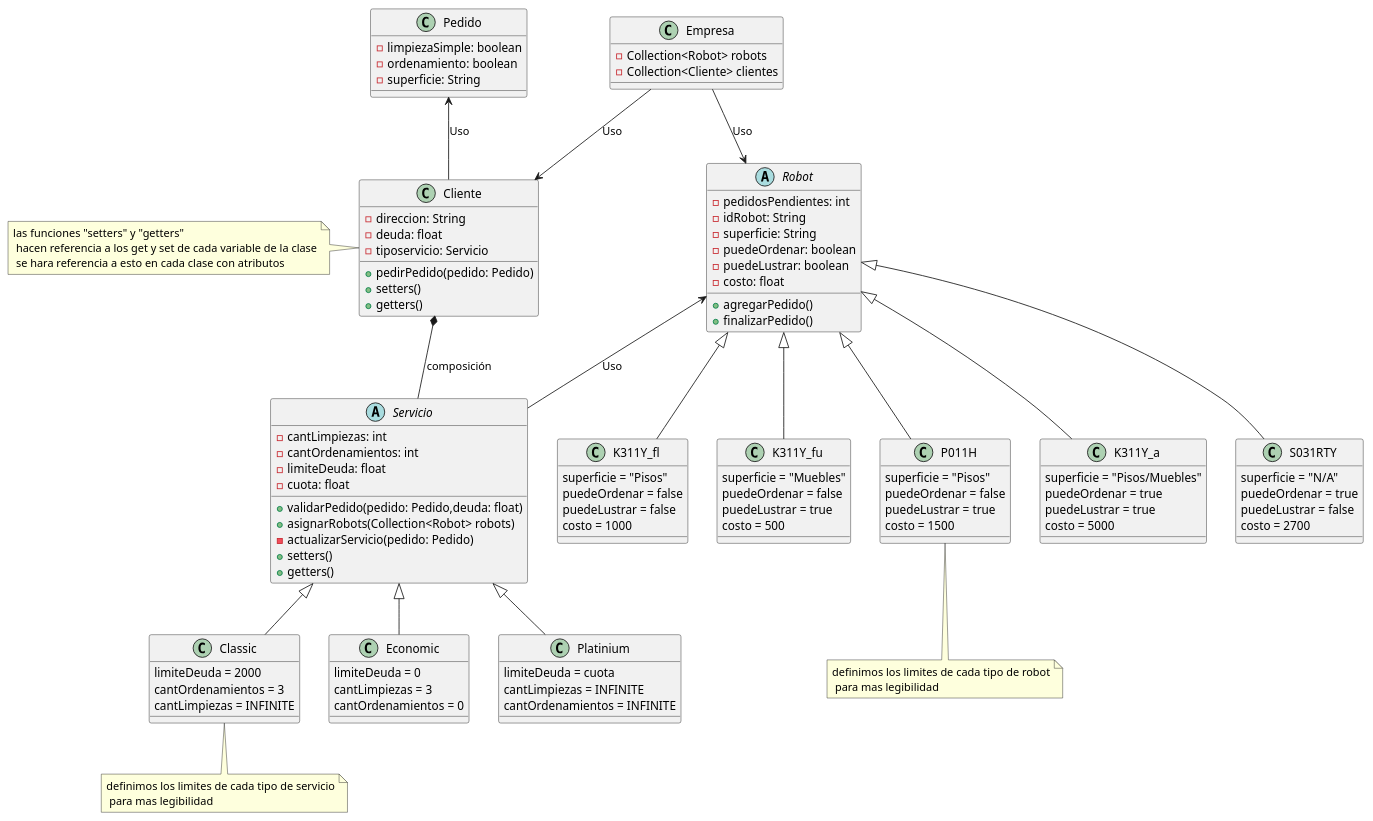
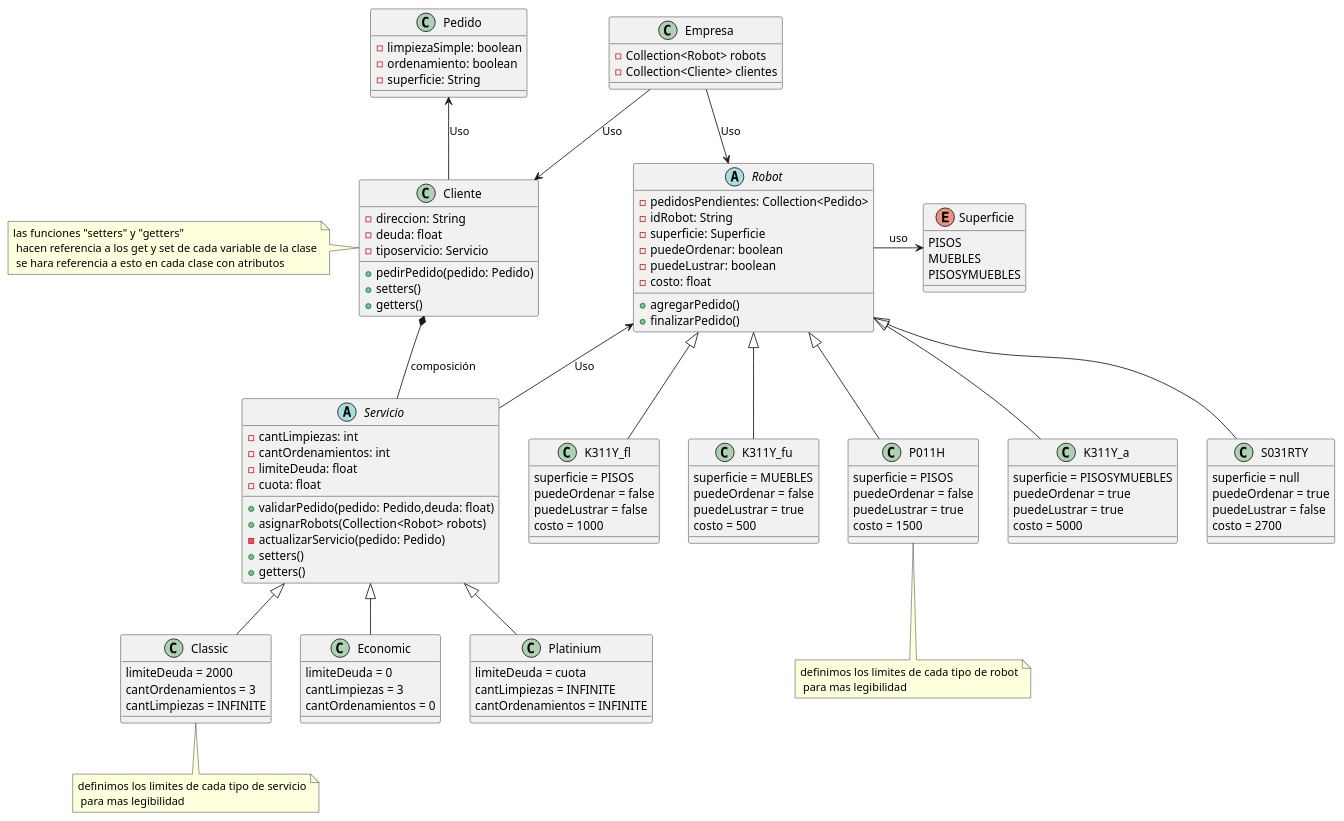
One commit to bacarvalho/TrabajoPractico changed the diagram in src/main/java/com/grupo4/trabajo/Diagramas/diagrama_clases.puml. Above: the diagram before and after it, drawn with PlantUML. The commit also changed 16 other files, not shown here.

```diff
--- a/src/main/java/com/grupo4/trabajo/Diagramas/diagrama_clases.puml
+++ b/src/main/java/com/grupo4/trabajo/Diagramas/diagrama_clases.puml
@@ -1,123 +1,131 @@
 @startuml
 'https://plantuml.com/class-diagram
 
 class Cliente{
 -direccion: String
 -deuda: float
 -tiposervicio: Servicio
 
 
 +pedirPedido(pedido: Pedido)
 +setters()
 +getters()
 }
 
 class Empresa{
 -Collection<Robot> robots
 -Collection<Cliente> clientes
 }
 
 
 abstract class Servicio{
 - cantLimpiezas: int
 - cantOrdenamientos: int
 - limiteDeuda: float
  -cuota: float
 
 +validarPedido(pedido: Pedido,deuda: float)
 +asignarRobots(Collection<Robot> robots)
 -actualizarServicio(pedido: Pedido)
 +setters()
 +getters()
 }
 
 abstract class Robot{
-- pedidosPendientes: int
+- pedidosPendientes: Collection<Pedido>
 - idRobot: String
-- superficie: String
+- superficie: Superficie
 - puedeOrdenar: boolean
 - puedeLustrar: boolean
 - costo: float
 
 +agregarPedido()
 +finalizarPedido()
 }
 
 class K311Y_fl{
- superficie = "Pisos"
+ superficie = PISOS
  puedeOrdenar = false
  puedeLustrar = false
  costo = 1000
 }
 class K311Y_fu{
-superficie = "Muebles"
+superficie = MUEBLES
  puedeOrdenar = false
  puedeLustrar = true
  costo = 500
 }
 class P011H{
-superficie = "Pisos"
+superficie = PISOS
  puedeOrdenar = false
  puedeLustrar = true
  costo = 1500
 }
 class K311Y_a{
- superficie = "Pisos/Muebles"
+ superficie = PISOSYMUEBLES
  puedeOrdenar = true
  puedeLustrar = true
  costo = 5000
 }
 class S031RTY{
-superficie = "N/A"
+superficie = null
  puedeOrdenar = true
  puedeLustrar = false
  costo = 2700
 }
 
 Robot <|-- K311Y_fl
 Robot <|-- K311Y_fu
 Robot <|-- P011H
 Robot <|-- K311Y_a
 Robot <|-- S031RTY
 
 Servicio <|-- Platinium
 Servicio <|-- Classic
 Servicio <|-- Economic
 
 Robot <-- Servicio : Uso
 Pedido <--  Cliente : Uso
 
 Cliente <-up- Empresa  : Uso
 Robot <-up-  Empresa : Uso
 
 class Platinium{
 limiteDeuda = cuota
 cantLimpiezas = INFINITE
 cantOrdenamientos = INFINITE
 }
 class Classic{
 limiteDeuda = 2000
 cantOrdenamientos = 3
 cantLimpiezas = INFINITE
 }
 
 class Economic{
 limiteDeuda = 0
 cantLimpiezas = 3
 cantOrdenamientos = 0
 }
 
 
 Cliente *--  Servicio : composición
 
 class Pedido{
 - limpiezaSimple: boolean
 - ordenamiento: boolean
 - superficie: String
 }
 
+enum Superficie{
+PISOS
+MUEBLES
+PISOSYMUEBLES
+}
+
+Robot -right-> Superficie : uso
+
 note bottom of Classic : definimos los limites de cada tipo de servicio\n para mas legibilidad
 note bottom of P011H : definimos los limites de cada tipo de robot\n para mas legibilidad
 note left of Cliente : las funciones "setters" y "getters" \n hacen referencia a los get y set de cada variable de la clase\n se hara referencia a esto en cada clase con atributos
 
 @enduml
```
